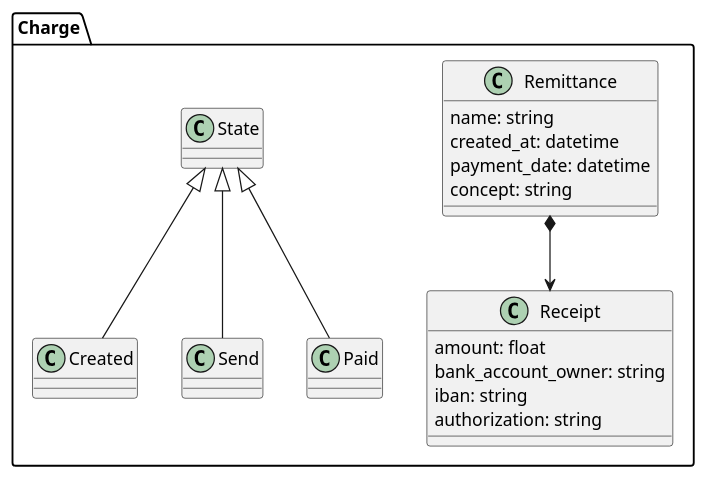
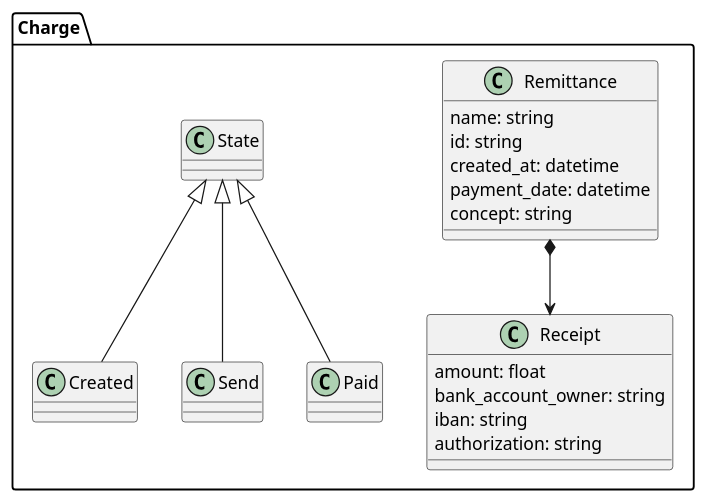
Before and after one commit to IgnacioMaestro/ampa-manager: the diagram in doc/DomainModelDiagram/ChargePackage/ChargeCommon.puml, drawn with PlantUML. The commit also changed 5 other files, not shown here.

```diff
--- a/doc/DomainModelDiagram/ChargePackage/ChargeCommon.puml
+++ b/doc/DomainModelDiagram/ChargePackage/ChargeCommon.puml
@@ -1,27 +1,28 @@
 @startuml
 package Charge{
     class Remittance {
         name: string
+        id: string
         created_at: datetime
         payment_date: datetime
         concept: string
     }
 
     class Receipt {
         amount: float
         bank_account_owner: string
         iban: string
         authorization: string
     }
 
     Remittance *--> Receipt
 
     class State
     class Created
     class Send
     class Paid
     State <|-- Created
     State <|-- Send
     State <|-- Paid
 }
 @enduml
```
